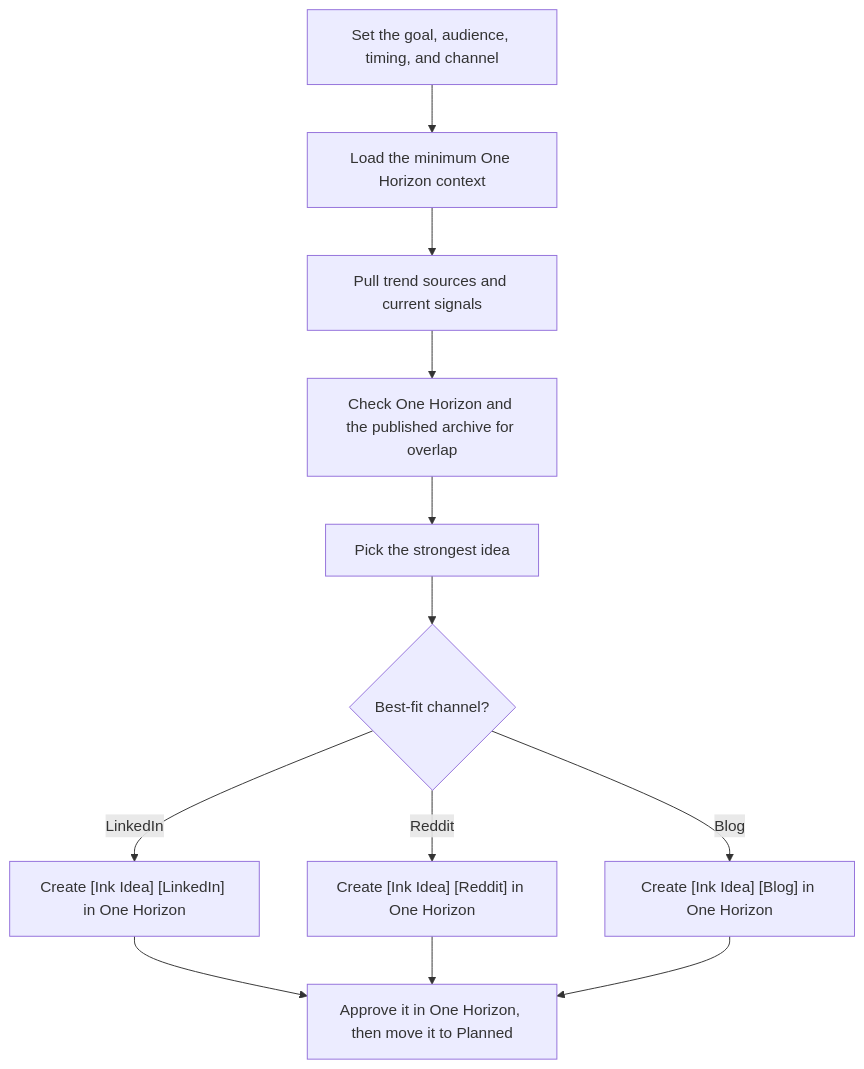
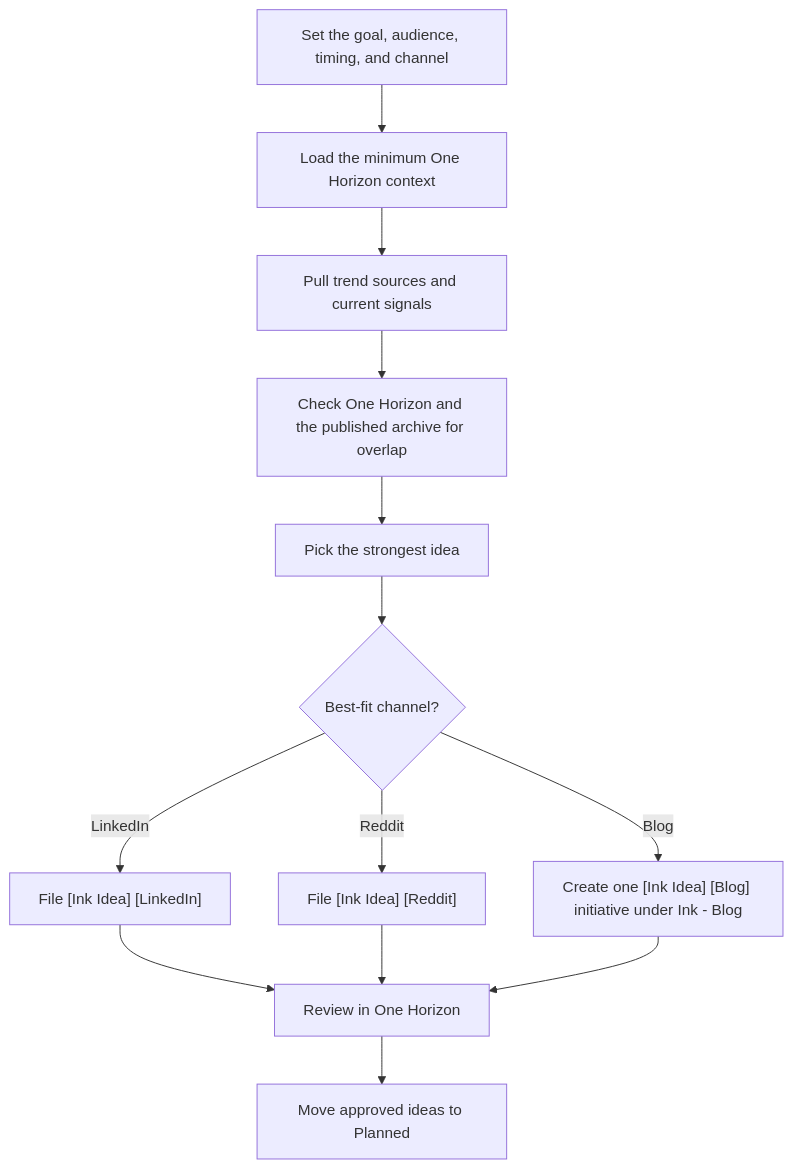
Before and after one commit to onehorizonai/ink: the first of 4 diagrams in README.md, drawn with Mermaid. The commit also changed other lines of this file and 12 other files, not shown here.

````diff
--- a/README.md
+++ b/README.md
@@ -168,14 +168,15 @@
 ```mermaid
 flowchart TD
     A["Set the goal, audience, timing, and channel"] --> B["Load the minimum One Horizon context"]
     B --> C["Pull trend sources and current signals"]
     C --> D["Check One Horizon and the published archive for overlap"]
     D --> E["Pick the strongest idea"]
     E --> F{"Best-fit channel?"}
-    F -- "LinkedIn" --> G["Create [Ink Idea] [LinkedIn] in One Horizon"]
-    F -- "Reddit" --> H["Create [Ink Idea] [Reddit] in One Horizon"]
-    F -- "Blog" --> I["Create [Ink Idea] [Blog] in One Horizon"]
-    G --> J["Approve it in One Horizon, then move it to Planned"]
+    F -- "LinkedIn" --> G["File [Ink Idea] [LinkedIn]"]
+    F -- "Reddit" --> H["File [Ink Idea] [Reddit]"]
+    F -- "Blog" --> I["Create one [Ink Idea] [Blog] initiative under Ink - Blog"]
+    G --> J["Review in One Horizon"]
     H --> J
     I --> J
+    J --> K["Move approved ideas to Planned"]
 ```
````
